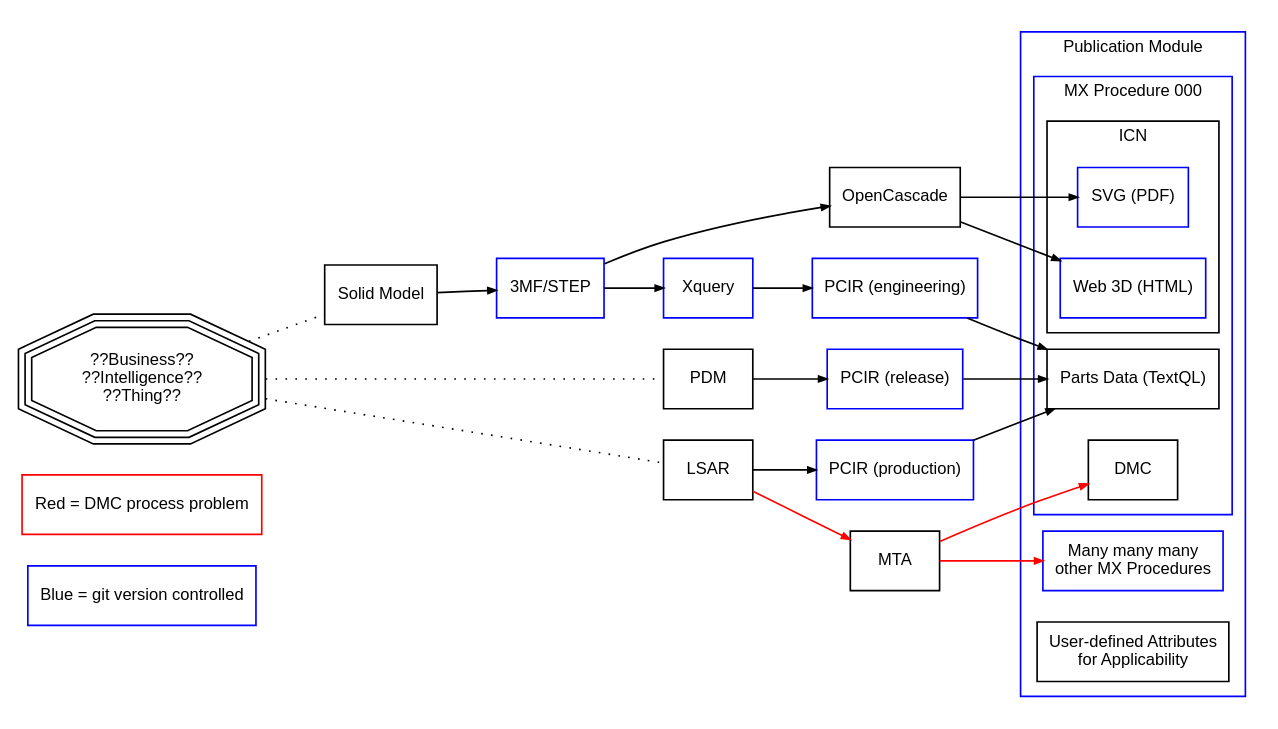
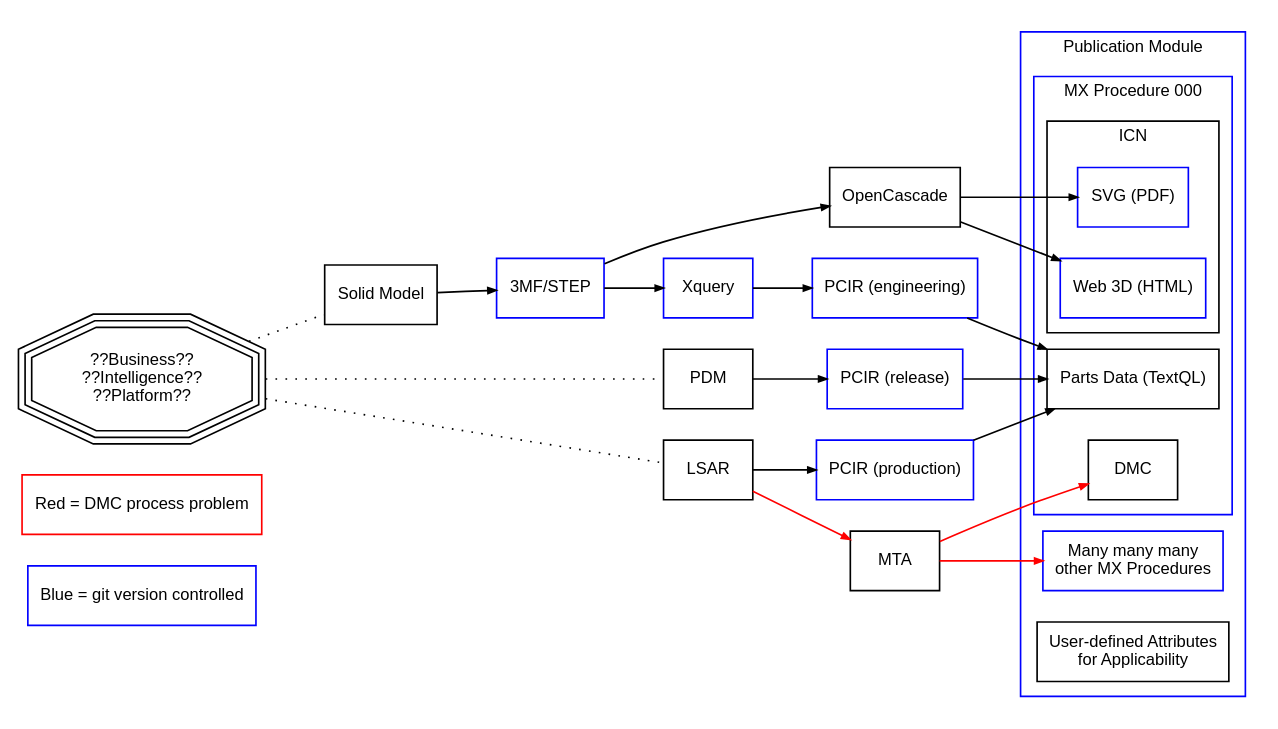
Before and after one commit to lopsotronic/Ascii1000D: the second of 4 diagrams in _presentations/Ascii1000D.adoc, drawn with Graphviz. The commit also changed other lines of this file and 24 other files, not shown here.

```diff
--- a/_presentations/Ascii1000D.adoc
+++ b/_presentations/Ascii1000D.adoc
@@ -77,64 +254,64 @@
 [graphviz, JABS076, svg]
 ----
 digraph g {
   graph [fontsize=10 fontname="Arial" compound=true];
   edge [arrowsize=".5"]
   node [shape=record]
   node [fontname="Arial" fontsize=10]
   rankdir="LR";
 "Blue = git version controlled" [color=blue]
 "Red = DMC process problem" [color=red]
 "??Business??
 ??Intelligence??
-??Thing??" [shape=tripleoctagon]
+??Platform??" [shape=tripleoctagon]
 "??Business??
 ??Intelligence??
-??Thing??" -> "Solid Model" [style="dotted" arrowsize=0]
+??Platform??" -> "Solid Model" [style="dotted" arrowsize=0]
 "??Business??
 ??Intelligence??
-??Thing??" -> "PDM" [style="dotted" arrowsize=0]
+??Platform??" -> "PDM" [style="dotted" arrowsize=0]
 "??Business??
 ??Intelligence??
-??Thing??" -> "LSAR" [style="dotted" arrowsize=0]
+??Platform??" -> "LSAR" [style="dotted" arrowsize=0]
 "Xquery" [color=blue]
 "PCIR (engineering)" [color=blue]
 "PCIR (release)" [color=blue]
 "PCIR (production)" [color=blue]
 "LSAR" -> "PCIR (production)"
 "LSAR" -> "MTA" [color=red]
 "MTA" -> "DMC" [color=red]
 "MTA" -> "Many many many
 other MX Procedures" [color=red]
 "Solid Model" -> "3MF/STEP"
 "PDM" -> "PCIR (release)"
 "PCIR (release)" -> "Parts Data (TextQL)"
 "3MF/STEP" [color=blue]
 "3MF/STEP" -> "OpenCascade"
 "OpenCascade" -> "SVG (PDF)"
 "OpenCascade" -> "Web 3D (HTML)"
 "3MF/STEP" -> "Xquery"
 "Xquery" -> "PCIR (engineering)"
 "PCIR (engineering)" -> "Parts Data (TextQL)"
 "PCIR (production)" -> "Parts Data (TextQL)"
         subgraph cluster_01{
         color=blue;
         subgraph cluster_0 {
             subgraph cluster_1 {
             color=black;
             "Web 3D (HTML)" [color=blue];
             "SVG (PDF)" [color=blue];
             label = "ICN";
             }
         "Parts Data (TextQL)" ;
         "DMC";
         label = "MX Procedure 000" ;
     }
         "Many many many
 other MX Procedures" [color=blue]
     label = "Publication Module" ;
     "User-defined Attributes
 for Applicability";
     }
    
 }
 ----
```
